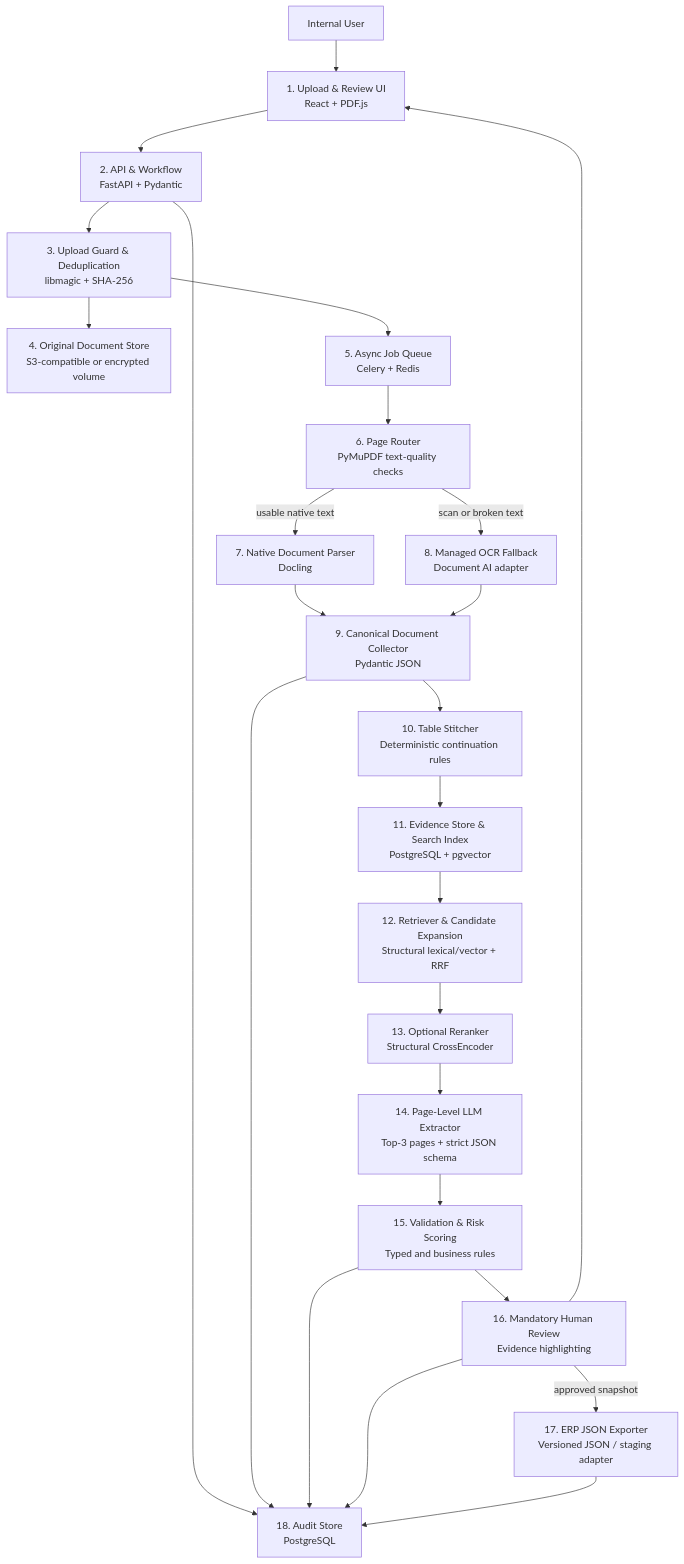
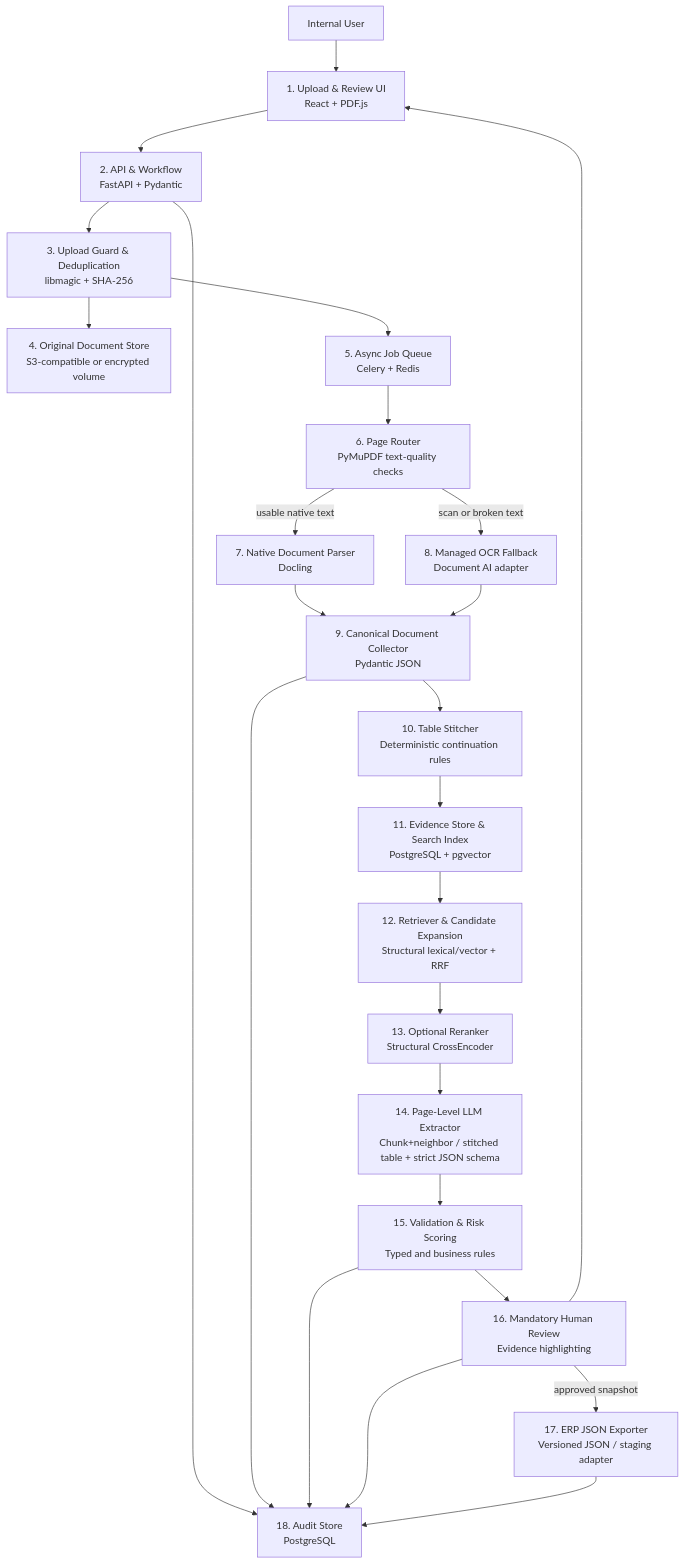
One commit to dudavskyi-dev/Inteligent-Document-Search- changed the diagram in architecture_blueprint.md. Above: the diagram before and after it, drawn with Mermaid. The commit also changed other lines of this file and 6 other files, not shown here.

Commit message:
page->LLM changed for tested new approach chunks->LLM

````diff
--- a/architecture_blueprint.md
+++ b/architecture_blueprint.md
@@ -41,27 +41,27 @@
 ```mermaid
 flowchart TD
     U["Internal User"] --> C1["1. Upload & Review UI<br/>React + PDF.js"]
     C1 --> C2["2. API & Workflow<br/>FastAPI + Pydantic"]
     C2 --> C3["3. Upload Guard & Deduplication<br/>libmagic + SHA-256"]
     C3 --> C4["4. Original Document Store<br/>S3-compatible or encrypted volume"]
     C3 --> C5["5. Async Job Queue<br/>Celery + Redis"]
     C5 --> C6["6. Page Router<br/>PyMuPDF text-quality checks"]
     C6 -->|usable native text| C7["7. Native Document Parser<br/>Docling"]
     C6 -->|scan or broken text| C8["8. Managed OCR Fallback<br/>Document AI adapter"]
     C7 --> C9["9. Canonical Document Collector<br/>Pydantic JSON"]
     C8 --> C9
     C9 --> C10["10. Table Stitcher<br/>Deterministic continuation rules"]
     C10 --> C11["11. Evidence Store & Search Index<br/>PostgreSQL + pgvector"]
     C11 --> C12["12. Retriever & Candidate Expansion<br/>Structural lexical/vector + RRF"]
     C12 --> C13["13. Optional Reranker<br/>Structural CrossEncoder"]
-    C13 --> C14["14. Page-Level LLM Extractor<br/>Top-3 pages + strict JSON schema"]
+    C13 --> C14["14. Page-Level LLM Extractor<br/>Chunk+neighbor / stitched table + strict JSON schema"]
     C14 --> C15["15. Validation & Risk Scoring<br/>Typed and business rules"]
     C15 --> C16["16. Mandatory Human Review<br/>Evidence highlighting"]
     C16 --> C1
     C16 -->|approved snapshot| C17["17. ERP JSON Exporter<br/>Versioned JSON / staging adapter"]
     C2 --> C18["18. Audit Store<br/>PostgreSQL"]
     C9 --> C18
     C15 --> C18
     C16 --> C18
     C17 --> C18
 ```
````
